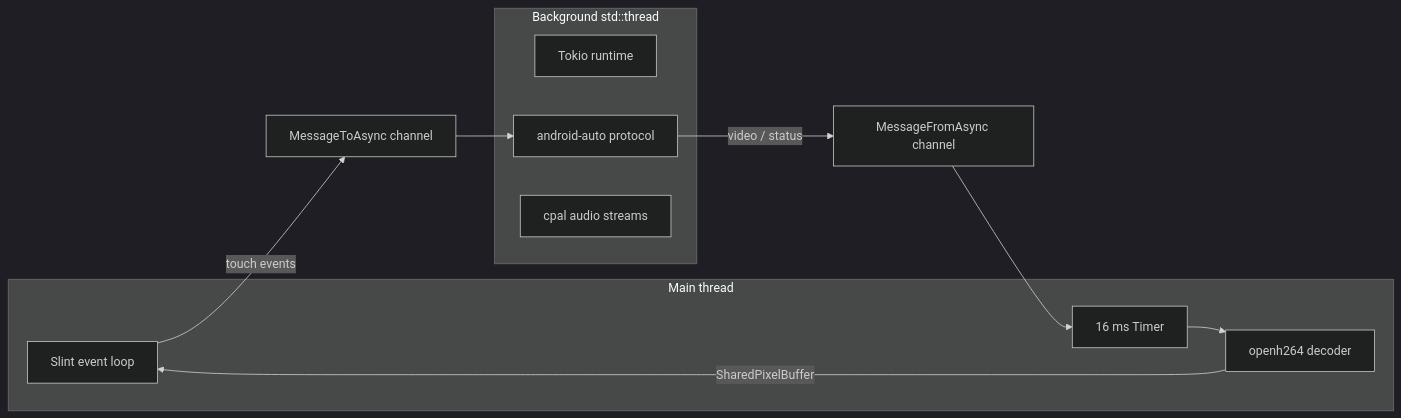
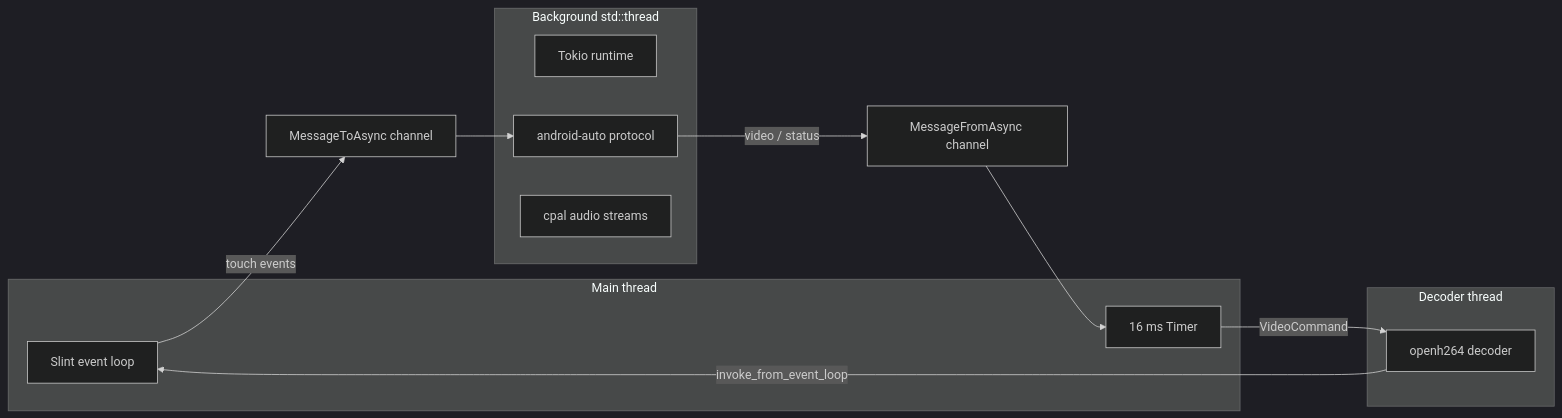
One commit to Obito1903/eva-navigation-unit changed the diagram in docs/architecture.md. Above: the diagram before and after it, drawn with Mermaid (dark theme). The commit also changed other lines of this file and 2 other files, not shown here.

Commit message:
Refactor architecture documentation to clarify UI structure and threading model; update design decisions for modular Rust layout and video decoding strategy

````diff
--- a/docs/architecture.md
+++ b/docs/architecture.md
@@ -20,20 +22,22 @@
 ```mermaid
 flowchart LR
     subgraph main["Main thread"]
         SL[Slint event loop]
         TM[16 ms Timer]
+    end
+    subgraph dec["Decoder thread"]
         DEC[openh264 decoder]
     end
     subgraph bg["Background std::thread"]
         RT[Tokio runtime]
         AA[android-auto protocol]
         AUD[cpal audio streams]
     end
 
     SL -- touch events --> CH1["MessageToAsync channel"]
     CH1 --> AA
     AA -- video / status --> CH2["MessageFromAsync channel"]
     CH2 --> TM
-    TM --> DEC
-    DEC -- SharedPixelBuffer --> SL
+    TM -- VideoCommand --> DEC
+    DEC -- invoke_from_event_loop --> SL
 ```
````
